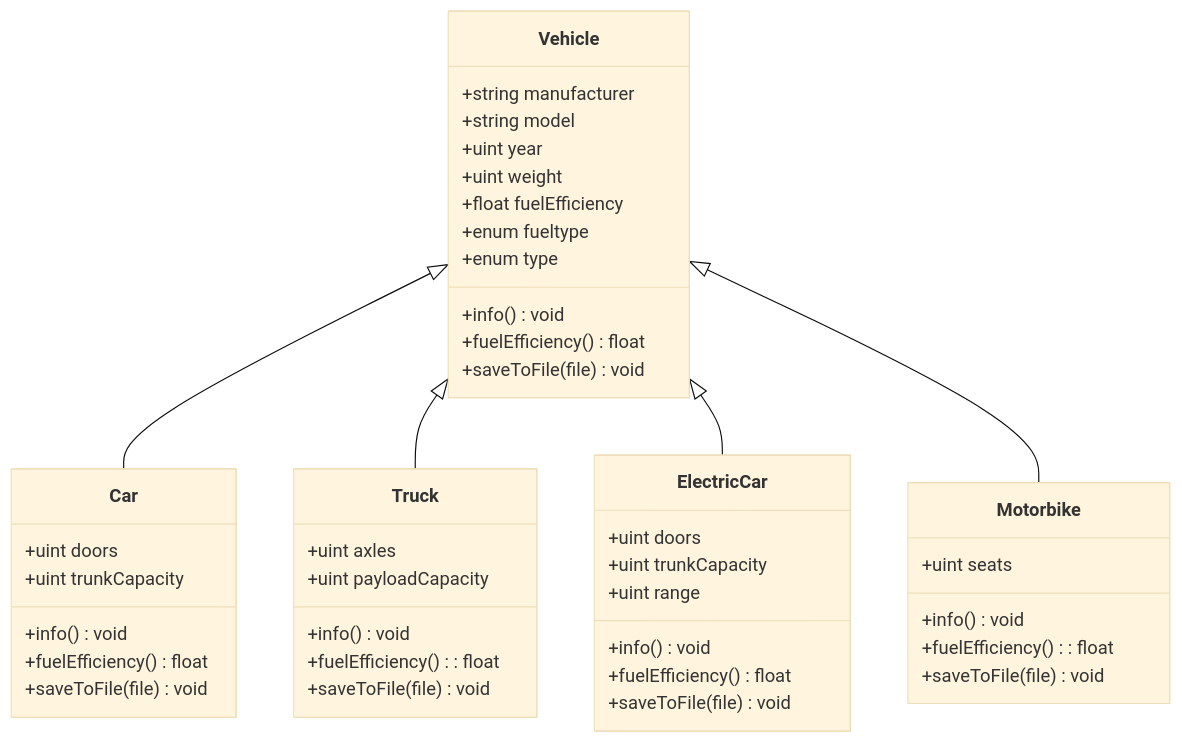
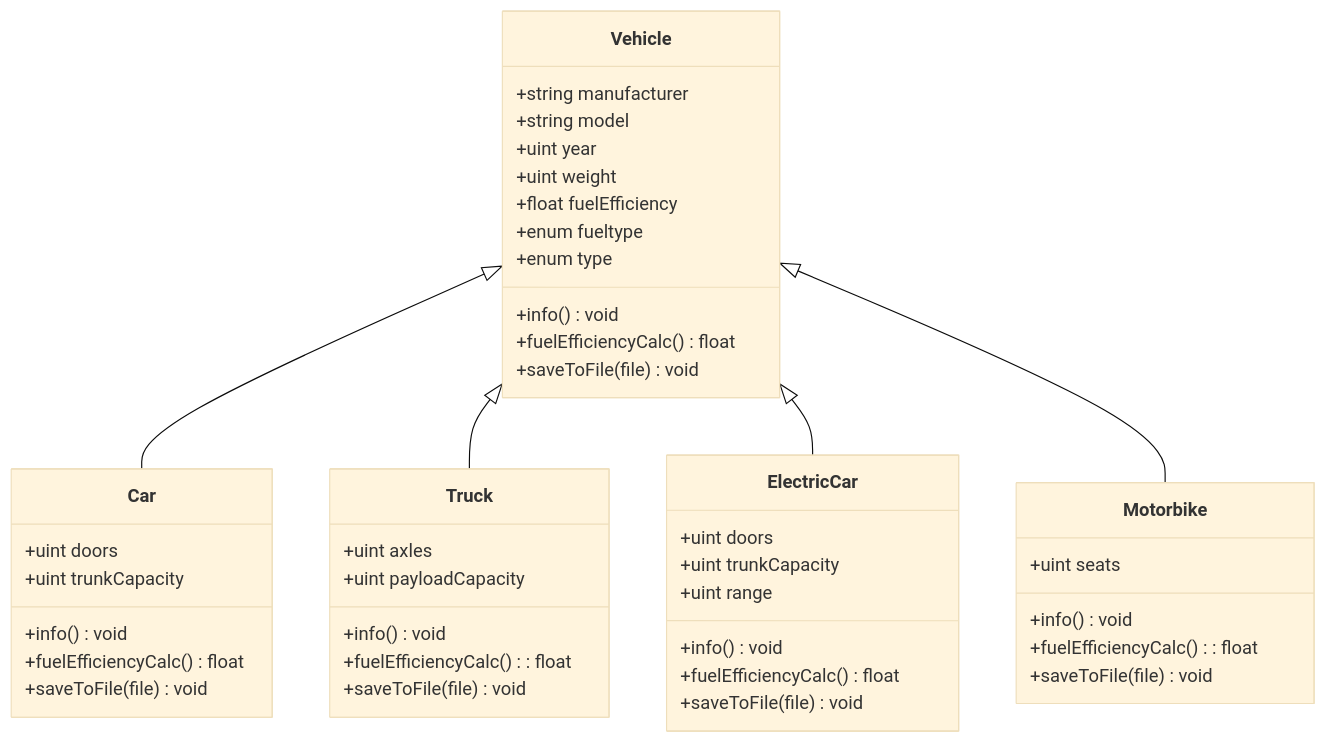
Before and after one commit to asamaranch78/swatcplusplus25Q4: the first of 7 diagrams in FinalProject/Readme.md, drawn with Mermaid (base theme). The commit also changed other lines of this file and 5 other files, not shown here.

````diff
--- a/FinalProject/Readme.md
+++ b/FinalProject/Readme.md
@@ -56,52 +56,52 @@
 ```mermaid
 classDiagram
 	Vehicle <|-- Car
 	Vehicle <|-- Truck
 	Vehicle <|-- ElectricCar
 	Vehicle <|-- Motorbike
 	
 	class Vehicle {
 		+string manufacturer
 		+string model
 		+uint year
 		+uint weight
 		+float fuelEfficiency
 		+enum fueltype
 		+enum type
 		+info() void
-		+fuelEfficiency() float
+		+fuelEfficiencyCalc() float
         +saveToFile(file) void
 	}
 
 	class Car {
 		+uint doors
 		+uint trunkCapacity
 		+info() void
-		+fuelEfficiency() float
+		+fuelEfficiencyCalc() float
         +saveToFile(file) void
 	}
 
 	class ElectricCar {
 		+uint doors
 		+uint trunkCapacity
 		+uint range
 		+info() void
-		+fuelEfficiency() float
+		+fuelEfficiencyCalc() float
         +saveToFile(file) void
 	}
 
 	class Truck {
 		+uint axles
 		+uint payloadCapacity
 		+info() void
-		+fuelEfficiency(): float
+		+fuelEfficiencyCalc(): float
         +saveToFile(file) void
 	}
 
 	class Motorbike {
 		+uint seats
 		+info() void
-		+fuelEfficiency(): float
+		+fuelEfficiencyCalc(): float
         +saveToFile(file) void
 	}
 ```
````
